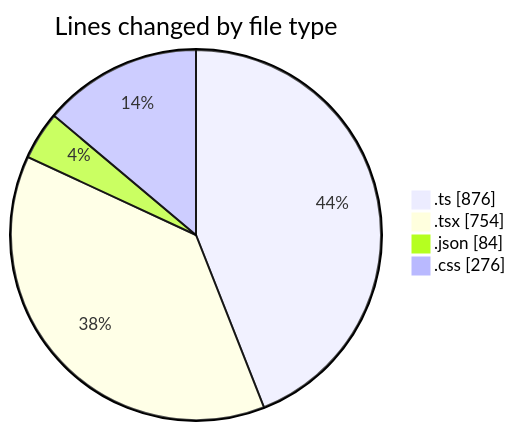
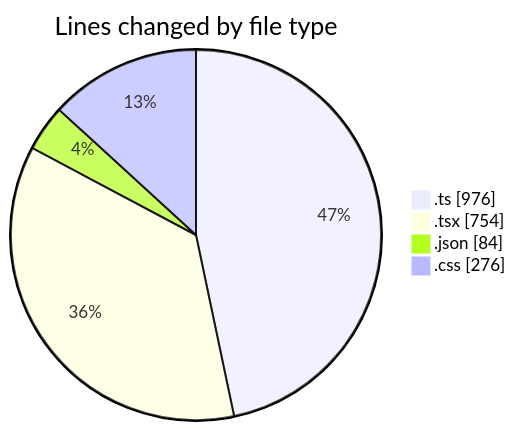
Before and after one commit to julien-gomy/code-tracking: the first of 2 diagrams in 2025-11-24/eventscop-frontend-guide__workspace_/README.md, drawn with Mermaid. The commit also changed other lines of this file and 1 other file, not shown here.

````diff
--- a/2025-11-24/eventscop-frontend-guide__workspace_/README.md
+++ b/2025-11-24/eventscop-frontend-guide__workspace_/README.md
@@ -45,8 +47,8 @@
 ```mermaid
 pie showData
 title Lines changed by file type
-".ts" : 876
+".ts" : 976
 ".tsx" : 754
 ".json" : 84
 ".css" : 276
 ```
````
